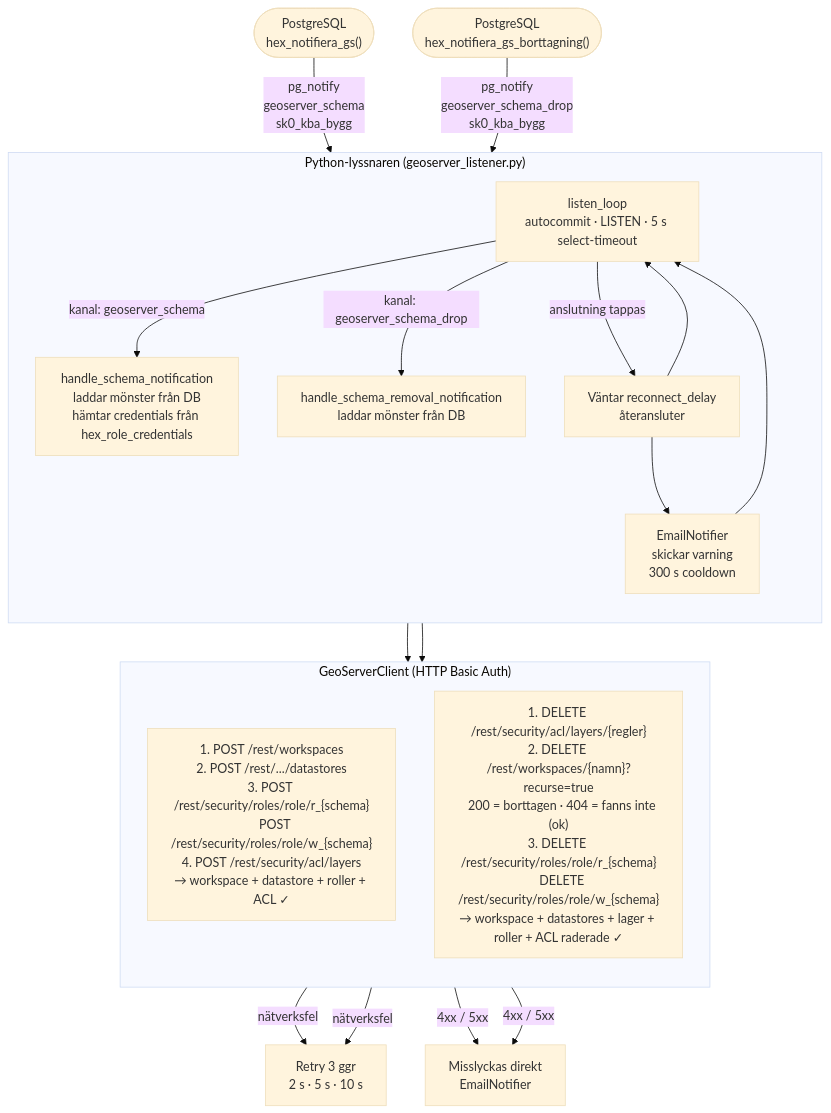
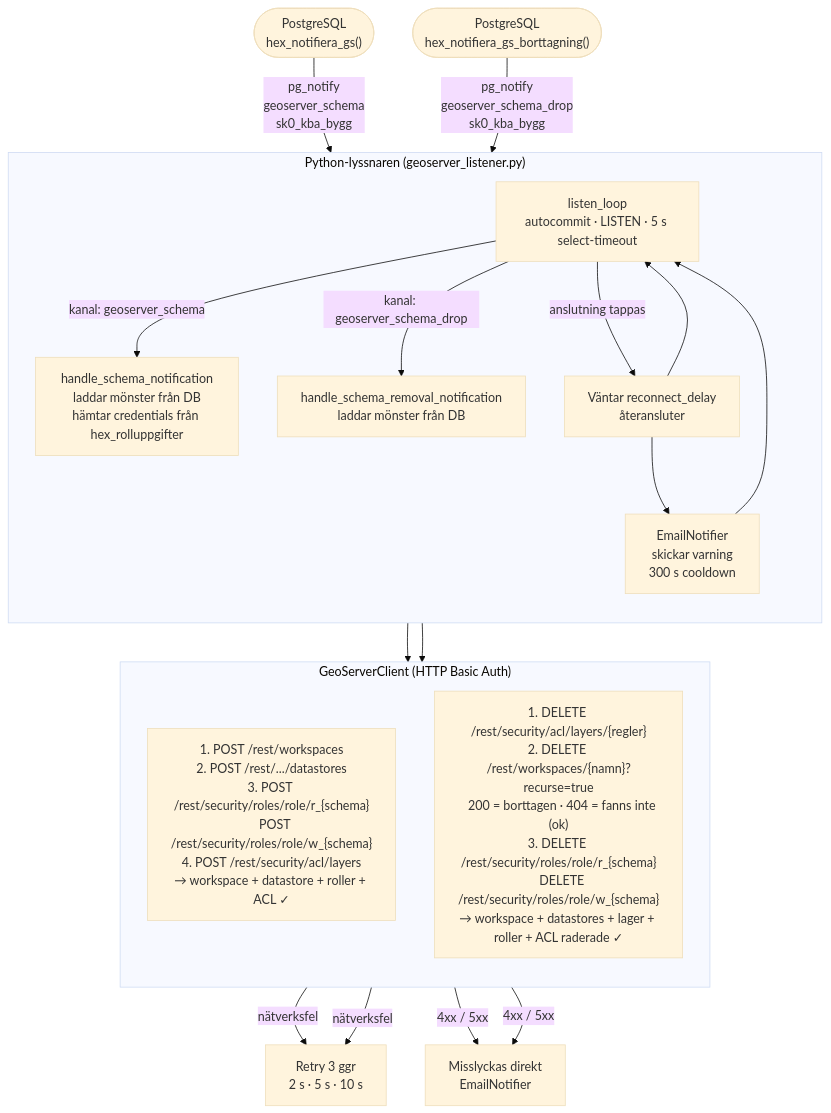
One commit to Geodata-Kungsbacka/Hex changed the ninth of 9 diagrams in LOGIC_MAP.md. Above: the diagram before and after it, drawn with Mermaid (base theme). The commit also changed other lines of this file and 24 other files, not shown here.

First line of the commit message:
Byt namn: hex_role_credentials → hex_rolluppgifter, with_login → kan_logga_in

````diff
--- a/LOGIC_MAP.md
+++ b/LOGIC_MAP.md
@@ -827,32 +827,32 @@
 ```mermaid
 flowchart TD
     PG_C(["PostgreSQL<br/>hex_notifiera_gs()"])
     PG_D(["PostgreSQL<br/>hex_notifiera_gs_borttagning()"])
     PG_C --> |"pg_notify<br/>geoserver_schema<br/>sk0_kba_bygg"| LL
     PG_D --> |"pg_notify<br/>geoserver_schema_drop<br/>sk0_kba_bygg"| LL
 
     subgraph PY["Python-lyssnaren (geoserver_listener.py)"]
         direction TB
         LL["listen_loop<br/>autocommit · LISTEN · 5 s select-timeout"]
-        LL --> |"kanal: geoserver_schema"| HSN["handle_schema_notification<br/>laddar mönster från DB<br/>hämtar credentials från hex_role_credentials"]
+        LL --> |"kanal: geoserver_schema"| HSN["handle_schema_notification<br/>laddar mönster från DB<br/>hämtar credentials från hex_rolluppgifter"]
         LL --> |"kanal: geoserver_schema_drop"| HRN["handle_schema_removal_notification<br/>laddar mönster från DB"]
         LL --> |"anslutning tappas"| REC["Väntar reconnect_delay<br/>återansluter"]
         REC --> EMAIL1["EmailNotifier<br/>skickar varning<br/>300 s cooldown"]
         EMAIL1 --> LL
         REC --> LL
     end
 
     HSN --> GS_CREATE
     HRN --> GS_DELETE
 
     subgraph REST["GeoServerClient (HTTP Basic Auth)"]
         direction TB
         GS_CREATE["1. POST /rest/workspaces<br/>2. POST /rest/.../datastores<br/>3. POST /rest/security/roles/role/r_{schema}<br/>   POST /rest/security/roles/role/w_{schema}<br/>4. POST /rest/security/acl/layers<br/>→ workspace + datastore + roller + ACL ✓"]
         GS_DELETE["1. DELETE /rest/security/acl/layers/{regler}<br/>2. DELETE /rest/workspaces/{namn}?recurse=true<br/>   200 = borttagen · 404 = fanns inte (ok)<br/>3. DELETE /rest/security/roles/role/r_{schema}<br/>   DELETE /rest/security/roles/role/w_{schema}<br/>→ workspace + datastores + lager + roller + ACL raderade ✓"]
     end
 
     GS_CREATE --> |"nätverksfel"| RETRY["Retry 3 ggr<br/>2 s · 5 s · 10 s"]
     GS_DELETE --> |"nätverksfel"| RETRY
     GS_CREATE --> |"4xx / 5xx"| FAIL["Misslyckas direkt<br/>EmailNotifier"]
     GS_DELETE --> |"4xx / 5xx"| FAIL
 ```
````
